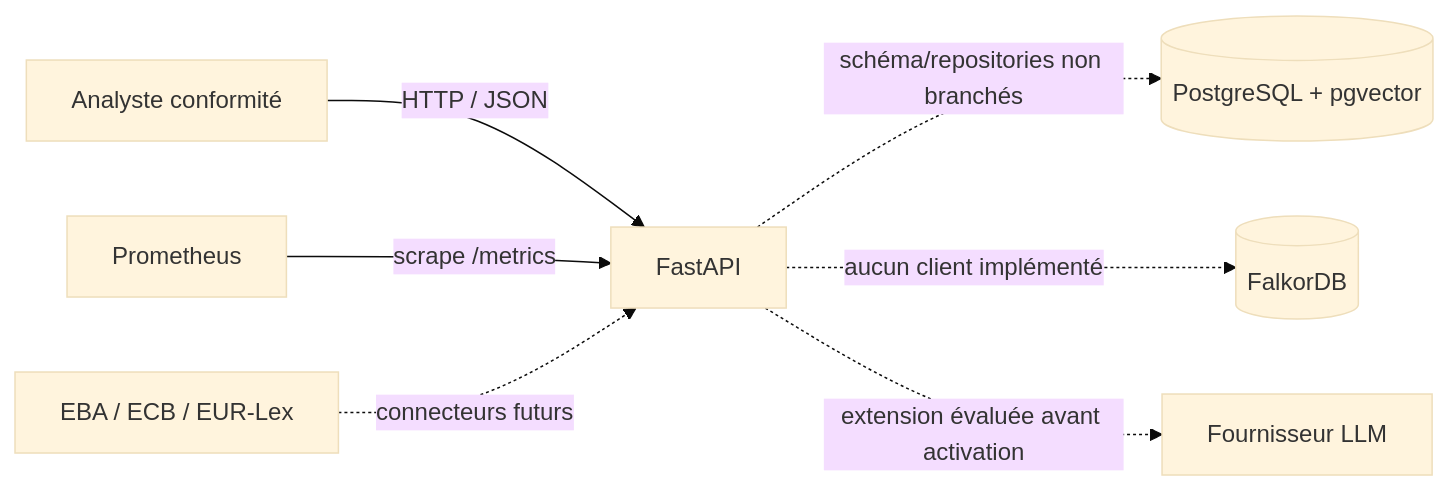
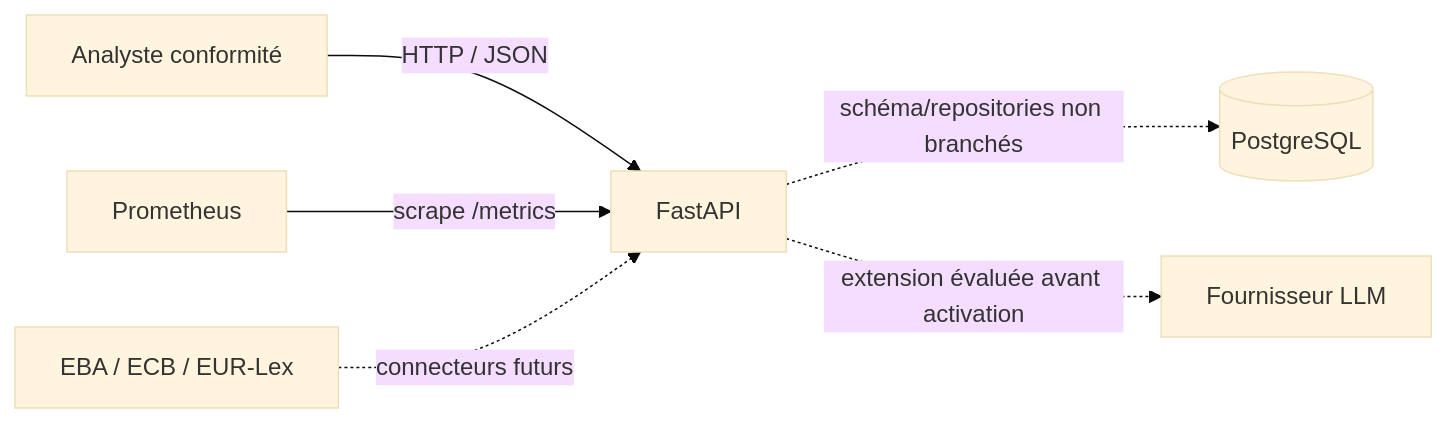
One commit to RaaaayN/bnp-regulation changed the first of 3 diagrams in docs/architecture.md. Above: the diagram before and after it, drawn with Mermaid (base theme). The commit also changed other lines of this file and 22 other files, not shown here.

````diff
--- a/docs/architecture.md
+++ b/docs/architecture.md
@@ -23,9 +23,8 @@
 ```mermaid
 flowchart LR
     Analyste[Analyste conformité] -->|HTTP / JSON| API[FastAPI]
-    API -.->|schéma/repositories non branchés| PG[(PostgreSQL + pgvector)]
-    API -.->|aucun client implémenté| Graph[(FalkorDB)]
+    API -.->|schéma/repositories non branchés| PG[(PostgreSQL)]
     Prom[Prometheus] -->|scrape /metrics| API
     Sources[EBA / ECB / EUR-Lex] -.->|connecteurs futurs| API
     API -.->|extension évaluée avant activation| LLM[Fournisseur LLM]
 ```
````
